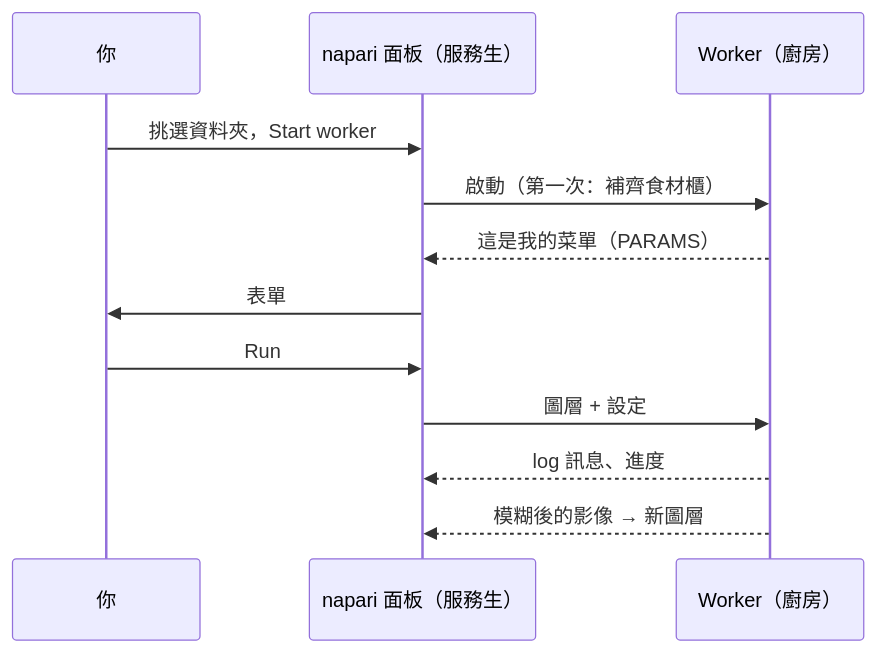
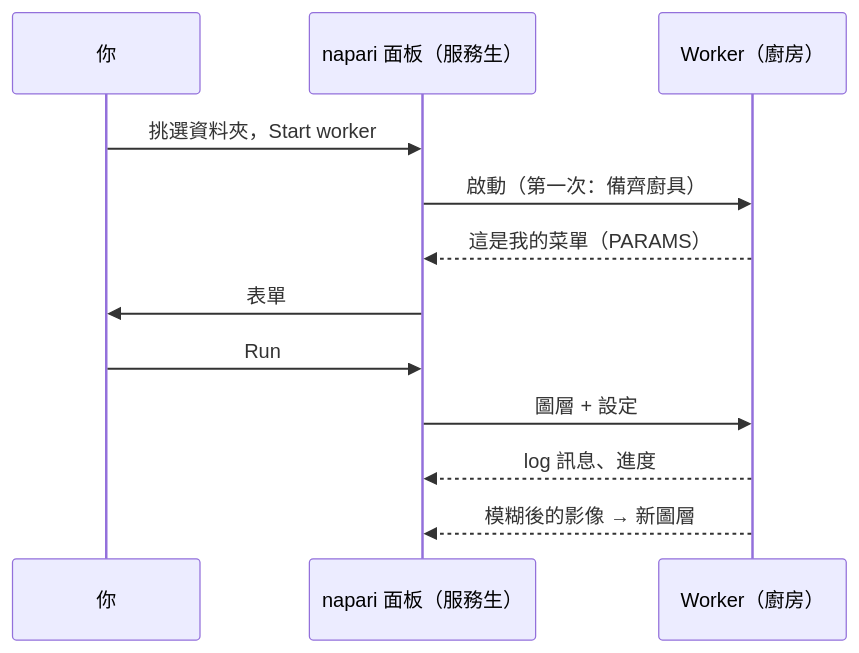
One commit to Oxford-Zeiss-Centre-of-Excellence/Wavu changed the diagram in guide/napari/first-run.zh-Hant.md. Above: the diagram before and after it, drawn with Mermaid. The commit also changed other lines of this file and 221 other files, not shown here.

````diff
--- a/guide/napari/first-run.zh-Hant.md
+++ b/guide/napari/first-run.zh-Hant.md
@@ -10,14 +10,14 @@
 ```mermaid
 sequenceDiagram
     participant You as 你
     participant N as napari 面板（服務生）
     participant W as Worker（廚房）
     You->>N: 挑選資料夾，Start worker
-    N->>W: 啟動（第一次：補齊食材櫃）
+    N->>W: 啟動（第一次：備齊廚具）
     W-->>N: 這是我的菜單（PARAMS）
     N->>You: 表單
     You->>N: Run
     N->>W: 圖層 + 設定
     W-->>N: log 訊息、進度
     W-->>N: 模糊後的影像 → 新圖層
 ```
````
